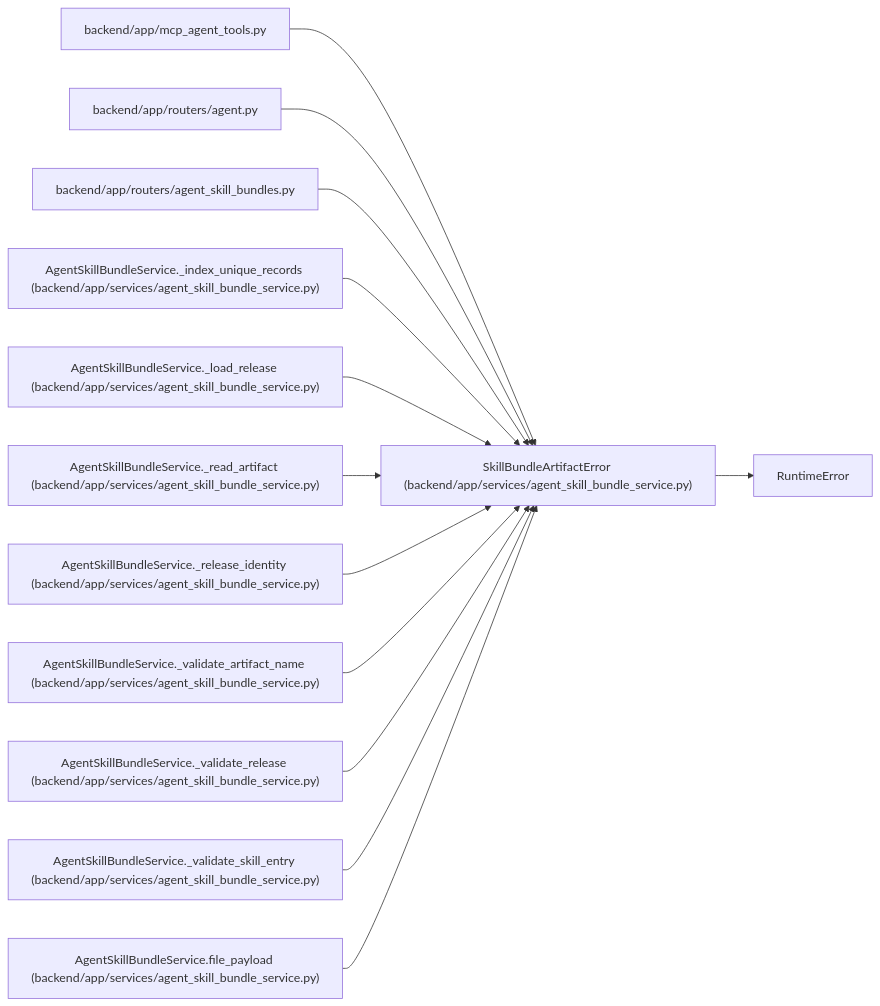
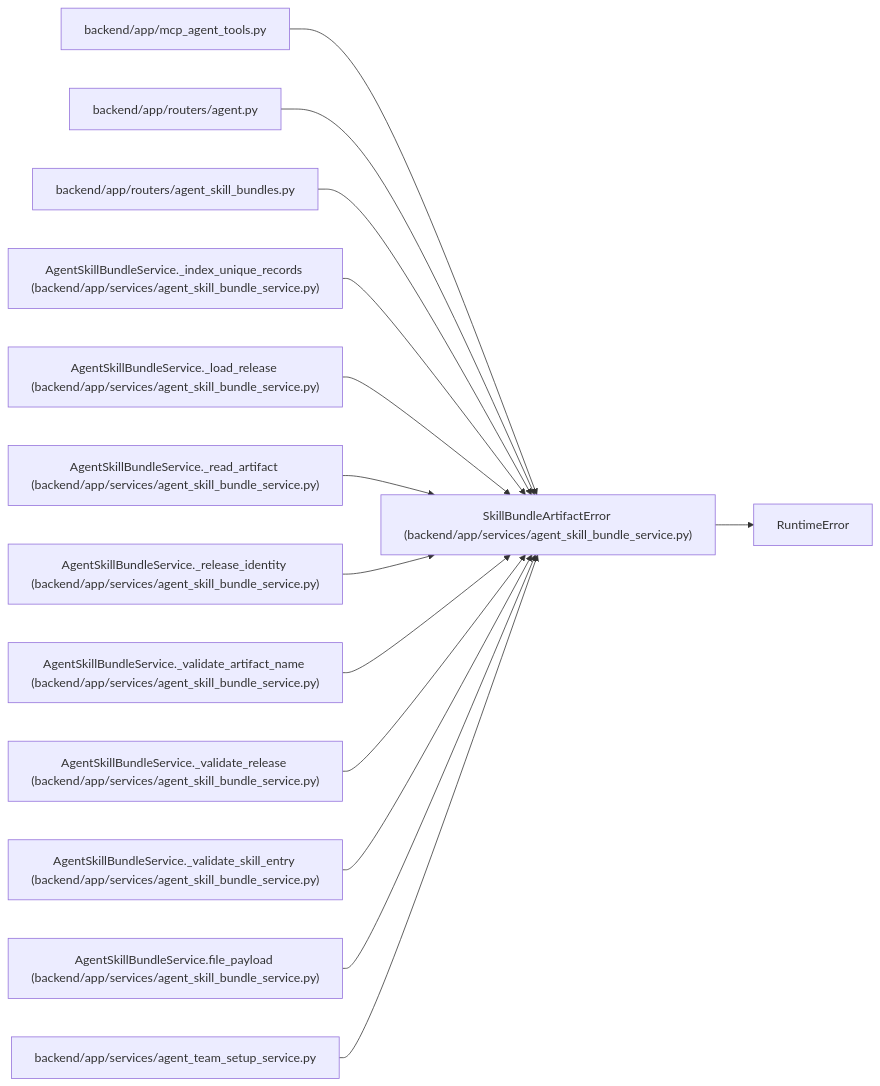
The diagram in docs/llm_wiki/entities/SkillBundleArtifactError.md (Denissvgn/WorkChord), drawn with Mermaid before and after one commit. The commit also changed other lines of this file and 239 other files, not shown here.

````diff
--- a/docs/llm_wiki/entities/SkillBundleArtifactError.md
+++ b/docs/llm_wiki/entities/SkillBundleArtifactError.md
@@ -23,40 +23,43 @@
 ```mermaid
 flowchart LR
     n0["SkillBundleArtifactError (backend/app/services/agent_skill_bundle_service.py)"]
     n1["RuntimeError"]
     n2["backend/app/mcp_agent_tools.py"]
     n3["backend/app/routers/agent.py"]
     n4["backend/app/routers/agent_skill_bundles.py"]
     n5["AgentSkillBundleService._index_unique_records (backend/app/services/agent_skill_bundle_service.py)"]
     n6["AgentSkillBundleService._load_release (backend/app/services/agent_skill_bundle_service.py)"]
     n7["AgentSkillBundleService._read_artifact (backend/app/services/agent_skill_bundle_service.py)"]
     n8["AgentSkillBundleService._release_identity (backend/app/services/agent_skill_bundle_service.py)"]
     n9["AgentSkillBundleService._validate_artifact_name (backend/app/services/agent_skill_bundle_service.py)"]
     n10["AgentSkillBundleService._validate_release (backend/app/services/agent_skill_bundle_service.py)"]
     n11["AgentSkillBundleService._validate_skill_entry (backend/app/services/agent_skill_bundle_service.py)"]
     n12["AgentSkillBundleService.file_payload (backend/app/services/agent_skill_bundle_service.py)"]
+    n13["backend/app/services/agent_team_setup_service.py"]
     n0 --> n1
     n2 --> n0
     n3 --> n0
     n4 --> n0
     n5 --> n0
     n6 --> n0
     n7 --> n0
     n8 --> n0
     n9 --> n0
     n10 --> n0
     n11 --> n0
     n12 --> n0
+    n13 --> n0
     click n0 "../modules/agent_skill_bundle_service.md"
     click n2 "../modules/mcp_agent_tools.md"
     click n3 "../modules/routers_agent.md"
     click n4 "../modules/agent_skill_bundles.md"
     click n5 "../modules/agent_skill_bundle_service.md"
     click n6 "../modules/agent_skill_bundle_service.md"
     click n7 "../modules/agent_skill_bundle_service.md"
     click n8 "../modules/agent_skill_bundle_service.md"
     click n9 "../modules/agent_skill_bundle_service.md"
     click n10 "../modules/agent_skill_bundle_service.md"
     click n11 "../modules/agent_skill_bundle_service.md"
     click n12 "../modules/agent_skill_bundle_service.md"
+    click n13 "../modules/agent_team_setup_service.md"
 ```
````
